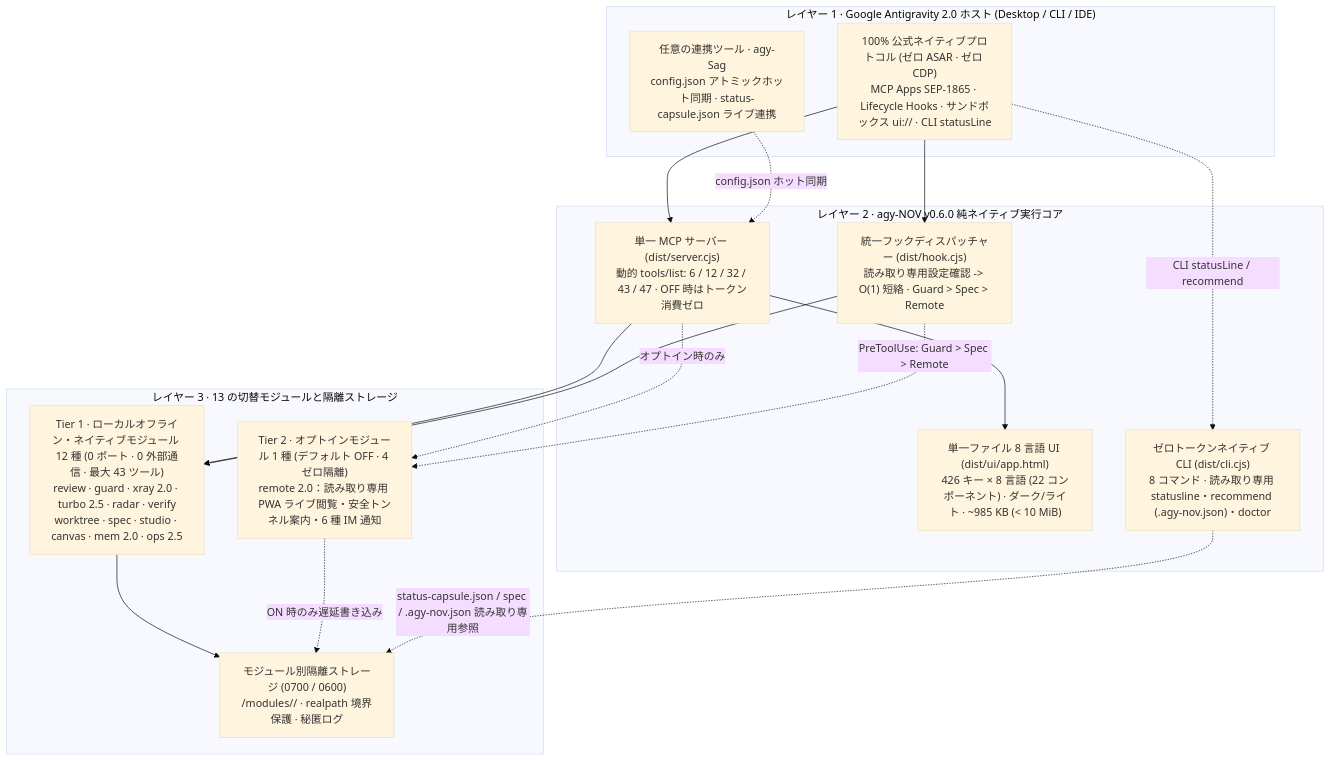
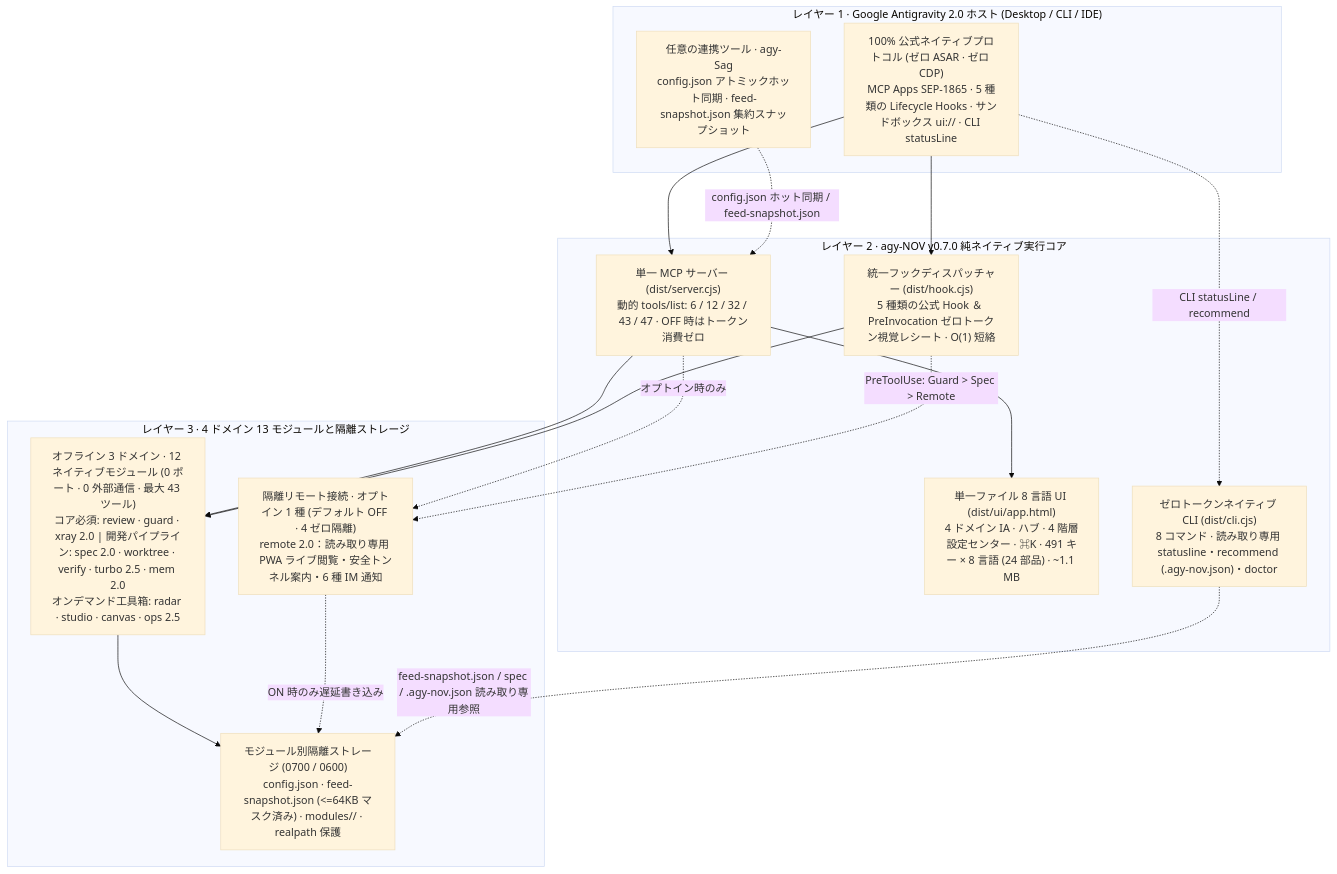
Before and after one commit to tone-leh/agy-NOV: the diagram in docs/i18n/README.ja.md, drawn with Mermaid (base theme). The commit also changed other lines of this file and 54 other files, not shown here.

Commit message:
feat: release agy-NOV v0.7.0 (4+1 IA, Settings Hub, Spec 2.0, Dual-Star Feed, PreInvocation)

````diff
--- a/docs/i18n/README.ja.md
+++ b/docs/i18n/README.ja.md
@@ -207,33 +220,33 @@
 ```mermaid
 flowchart TB
   subgraph L1["レイヤー 1 · Google Antigravity 2.0 ホスト (Desktop / CLI / IDE)"]
-    Host["100% 公式ネイティブプロトコル (ゼロ ASAR · ゼロ CDP)\nMCP Apps SEP-1865 · Lifecycle Hooks · サンドボックス ui:// · CLI statusLine"]
-    Sag["任意の連携ツール · agy-Sag\nconfig.json アトミックホット同期 · status-capsule.json ライブ連携"]
+    Host["100% 公式ネイティブプロトコル (ゼロ ASAR · ゼロ CDP)\nMCP Apps SEP-1865 · 5 種類の Lifecycle Hooks · サンドボックス ui:// · CLI statusLine"]
+    Sag["任意の連携ツール · agy-Sag\nconfig.json アトミックホット同期 · feed-snapshot.json 集約スナップショット"]
   end
 
-  subgraph L2["レイヤー 2 · agy-NOV v0.6.0 純ネイティブ実行コア"]
+  subgraph L2["レイヤー 2 · agy-NOV v0.7.0 純ネイティブ実行コア"]
     MCP["単一 MCP サーバー (dist/server.cjs)\n動的 tools/list: 6 / 12 / 32 / 43 / 47 · OFF 時はトークン消費ゼロ"]
-    Hook["統一フックディスパッチャー (dist/hook.cjs)\n読み取り専用設定確認 -> O(1) 短絡 · Guard > Spec > Remote"]
-    UI["単一ファイル 8 言語 UI (dist/ui/app.html)\n426 キー × 8 言語 (22 コンポーネント) · ダーク/ライト · ~985 KB (< 10 MiB)"]
+    Hook["統一フックディスパッチャー (dist/hook.cjs)\n5 種類の公式 Hook ＆ PreInvocation ゼロトークン視覚レシート · O(1) 短絡"]
+    UI["単一ファイル 8 言語 UI (dist/ui/app.html)\n4 ドメイン IA · ハブ · 4 階層設定センター · ⌘K · 491 キー × 8 言語 (24 部品) · ~1.1 MB"]
     CLI["ゼロトークンネイティブ CLI (dist/cli.cjs)\n8 コマンド · 読み取り専用 statusline・recommend (.agy-nov.json)・doctor"]
   end
 
-  subgraph L3["レイヤー 3 · 13 の切替モジュールと隔離ストレージ"]
-    T1["Tier 1 · ローカルオフライン・ネイティブモジュール 12 種 (0 ポート · 0 外部通信 · 最大 43 ツール)\nreview · guard · xray 2.0 · turbo 2.5 · radar · verify\nworktree · spec · studio · canvas · mem 2.0 · ops 2.5"]
-    T2R["Tier 2 · オプトインモジュール 1 種 (デフォルト OFF · 4 ゼロ隔離)\nremote 2.0：読み取り専用 PWA ライブ閲覧・安全トンネル案内・6 種 IM 通知"]
-    Store["モジュール別隔離ストレージ (0700 / 0600)\n<dataDir>/modules/<id>/ · realpath 境界保護 · 秘匿ログ"]
+  subgraph L3["レイヤー 3 · 4 ドメイン 13 モジュールと隔離ストレージ"]
+    T1["オフライン 3 ドメイン · 12 ネイティブモジュール (0 ポート · 0 外部通信 · 最大 43 ツール)\nコア必須: review · guard · xray 2.0 | 開発パイプライン: spec 2.0 · worktree · verify · turbo 2.5 · mem 2.0\nオンデマンド工具箱: radar · studio · canvas · ops 2.5"]
+    T2R["隔離リモート接続 · オプトイン 1 種 (デフォルト OFF · 4 ゼロ隔離)\nremote 2.0：読み取り専用 PWA ライブ閲覧・安全トンネル案内・6 種 IM 通知"]
+    Store["モジュール別隔離ストレージ (0700 / 0600)\nconfig.json · feed-snapshot.json (<=64KB マスク済み) · modules/<id>/ · realpath 保護"]
   end
 
   Host --> MCP
   Host --> Hook
   Host -. "CLI statusLine / recommend" .-> CLI
-  Sag -. "config.json ホット同期" .-> MCP
+  Sag -. "config.json ホット同期 / feed-snapshot.json" .-> MCP
   MCP --> UI
   MCP --> T1
   MCP -. "オプトイン時のみ" .-> T2R
   Hook --> T1
   Hook -. "PreToolUse: Guard > Spec > Remote" .-> T2R
   T1 --> Store
   T2R -. "ON 時のみ遅延書き込み" .-> Store
-  CLI -. "status-capsule.json / spec / .agy-nov.json 読み取り専用参照" .-> Store
+  CLI -. "feed-snapshot.json / spec / .agy-nov.json 読み取り専用参照" .-> Store
 ```
````
